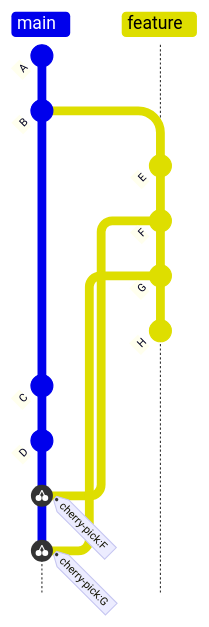
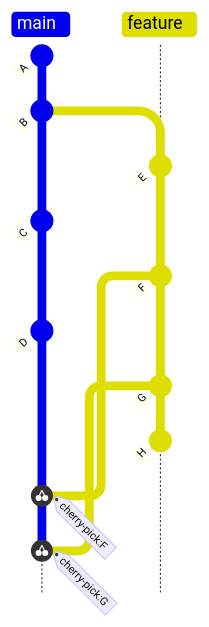
The second of 2 diagrams in exercises/cherry_picking.exercise.md (ivanado/git-exercises), drawn with Mermaid before and after one commit. The commit also changed other lines of this file, not shown here.

````diff
--- a/exercises/cherry_picking.exercise.md
+++ b/exercises/cherry_picking.exercise.md
@@ -42,25 +46,29 @@
 ```mermaid
 %%{init: { 
     'logLevel': 'debug', 
     'theme': 'default', 
     'themeVariables': {
               'background': 'transparent'
     } 
 } }%%
 gitGraph TB:
-    checkout main
+   checkout main
     commit id: "A"
     commit id: "B"
     branch feature 
     
     checkout feature
      commit id: "E"
+     checkout main
+    commit id: "C"
+    checkout feature
     commit id: "F"
+     checkout main
+    commit id: "D"
+    checkout feature
     commit id: "G"
     commit id: "H" 
-     checkout main
-    commit id: "C"
-    commit id: "D"
+    checkout main
     cherry-pick id: "F"
     cherry-pick id:"G"
 ```
````
